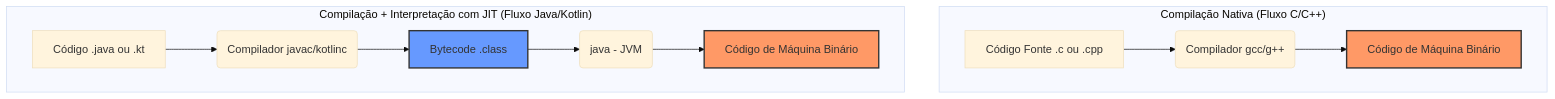
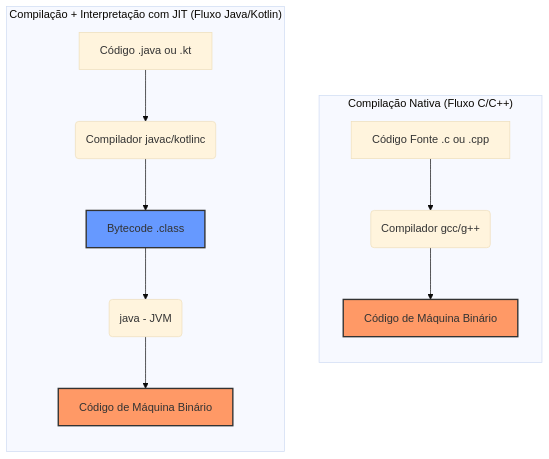
One commit to isel-leic-ave/2026-lae-44d changed the diagram in week01/JVM-code-generation.md. Above: the diagram before and after it, drawn with Mermaid (base theme).

Commit message:
JVM code generation

````diff
--- a/week01/JVM-code-generation.md
+++ b/week01/JVM-code-generation.md
@@ -5,18 +5,20 @@
 ```mermaid
 graph TD
 subgraph "Compilação Nativa (Fluxo C/C++)"
+    direction TB
     A1[Código Fonte .c ou .cpp] --> B1(Compilador gcc/g++)
     B1 --> C1[Código de Máquina Binário]
 end
 
 subgraph "Compilação + Interpretação com JIT (Fluxo Java/Kotlin)"
+    direction TB
     A2[Código .java ou .kt] --> B2(Compilador javac/kotlinc)
     B2 --> C2[Bytecode .class]
     C2 --> D2(java - JVM)
     D2 --> E2[Código de Máquina Binário]
 end
 
 style C1 fill:#f96,stroke:#333,stroke-width:2px
 style E2 fill:#f96,stroke:#333,stroke-width:2px
 style C2 fill:#69f,stroke:#333,stroke-width:2px
 ```
````
